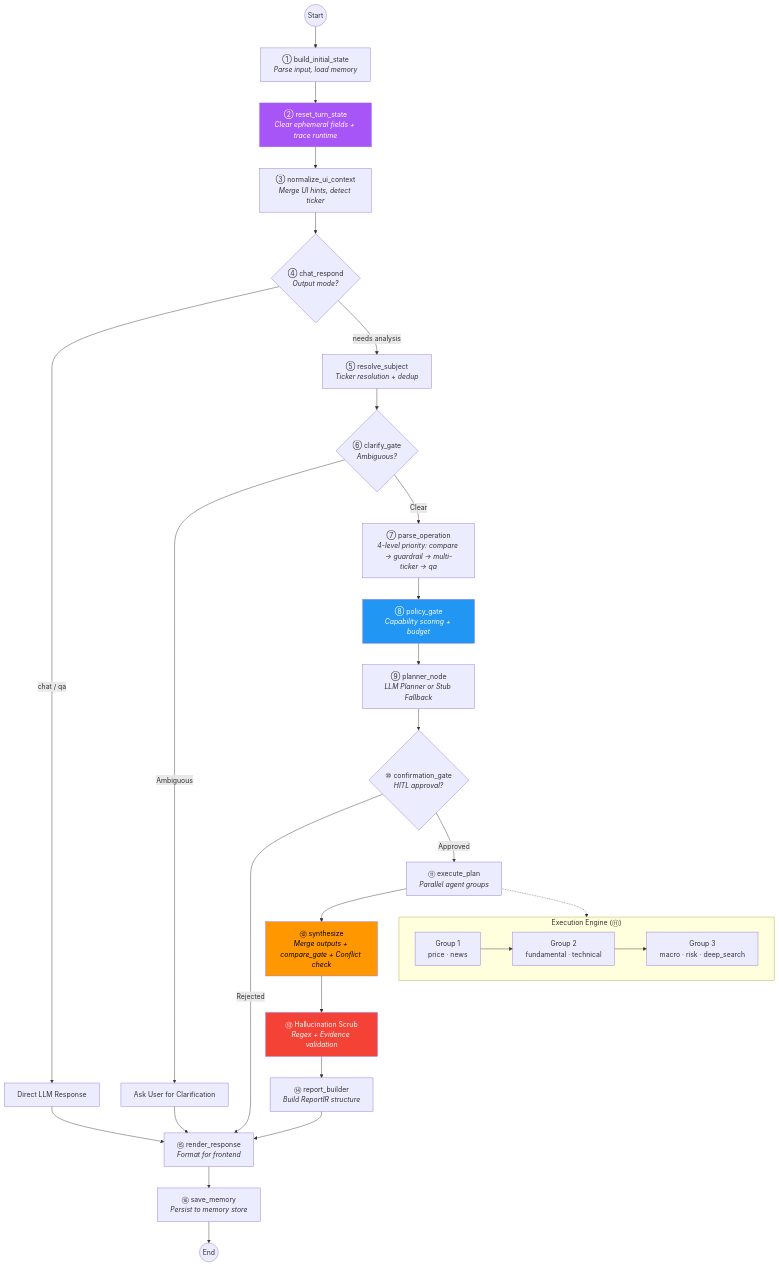
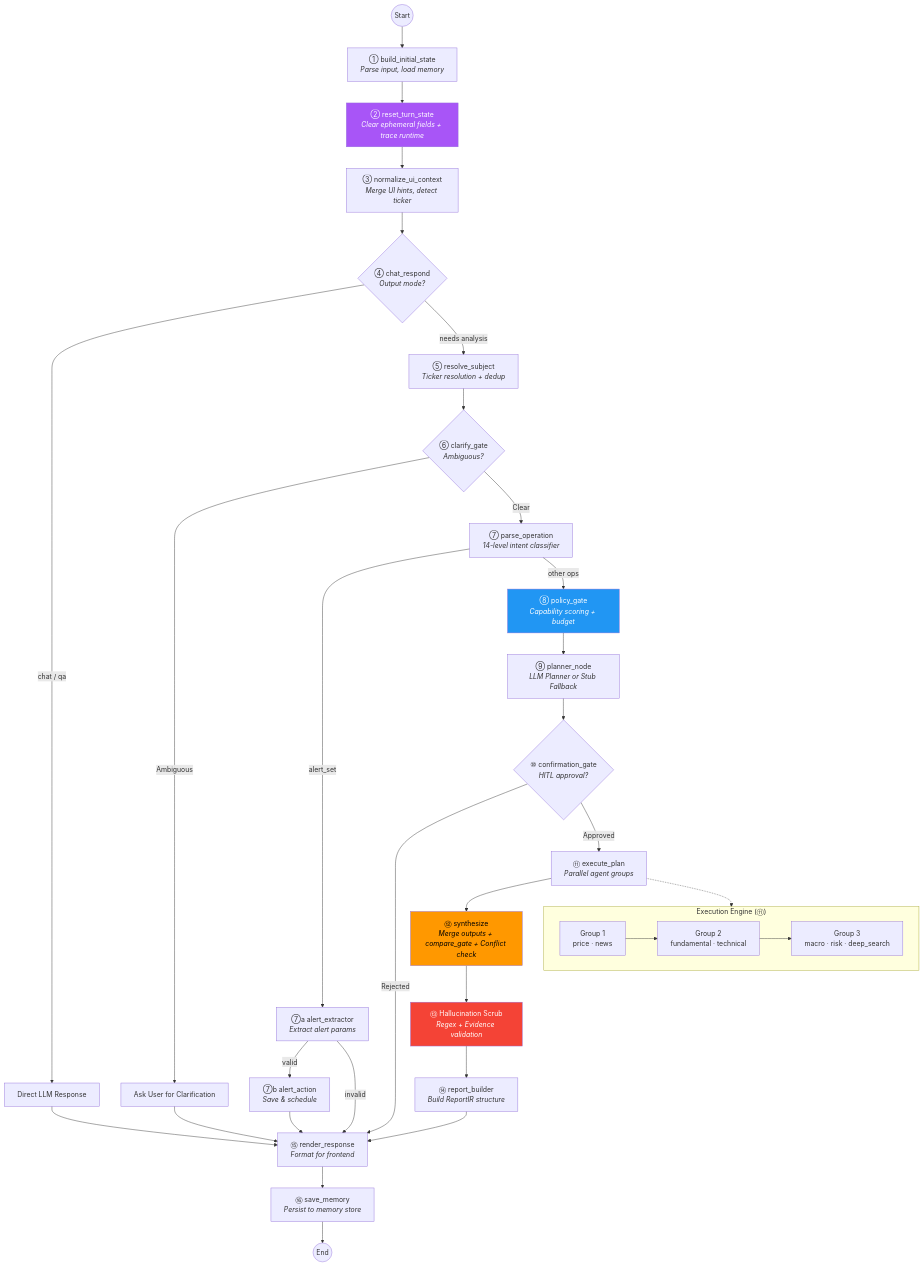
Before and after one commit to kkkano/FinSight: the second of 7 diagrams in readme.md, drawn with Mermaid. The commit also changed other lines of this file and 2 other files, not shown here.

First line of the commit message:
docs: add parse_operation intent classification details

````diff
--- a/readme.md
+++ b/readme.md
@@ -237,43 +237,47 @@
 ```mermaid
 flowchart TD
     START((Start)) --> INIT["① build_initial_state<br/><i>Parse input, load memory</i>"]
     INIT --> RESET["② reset_turn_state<br/><i>Clear ephemeral fields + trace runtime</i>"]
     RESET --> CTX["③ normalize_ui_context<br/><i>Merge UI hints, detect ticker</i>"]
     CTX --> MODE{"④ chat_respond<br/><i>Output mode?</i>"}
 
     MODE -->|"chat / qa"| CHAT_END["Direct LLM Response"]
     CHAT_END --> RENDER
     MODE -->|"needs analysis"| SUBJ["⑤ resolve_subject<br/><i>Ticker resolution + dedup</i>"]
 
     SUBJ --> CLARIFY{"⑥ clarify_gate<br/><i>Ambiguous?</i>"}
     CLARIFY -->|"Ambiguous"| ASK["Ask User for Clarification"]
     ASK --> RENDER
-    CLARIFY -->|"Clear"| PARSE["⑦ parse_operation<br/><i>4-level priority: compare → guardrail → multi-ticker → qa</i>"]
+    CLARIFY -->|"Clear"| PARSE["⑦ parse_operation<br/><i>14-level intent classifier</i>"]
 
-    PARSE --> POLICY["⑧ policy_gate<br/><i>Capability scoring + budget</i>"]
+    PARSE -->|"alert_set"| ALERT_EX["⑦a alert_extractor<br/><i>Extract alert params</i>"]
+    ALERT_EX -->|"valid"| ALERT_ACT["⑦b alert_action<br/><i>Save & schedule</i>"]
+    ALERT_EX -->|"invalid"| RENDER
+    ALERT_ACT --> RENDER
+    PARSE -->|"other ops"| POLICY["⑧ policy_gate<br/><i>Capability scoring + budget</i>"]
     POLICY --> PLAN["⑨ planner_node<br/><i>LLM Planner or Stub Fallback</i>"]
 
     PLAN --> CONFIRM{"⑩ confirmation_gate<br/><i>HITL approval?</i>"}
     CONFIRM -->|"Rejected"| RENDER
     CONFIRM -->|"Approved"| EXEC["⑪ execute_plan<br/><i>Parallel agent groups</i>"]
 
     EXEC --> SYNTH["⑫ synthesize<br/><i>Merge outputs + compare_gate + Conflict check</i>"]
     SYNTH --> SCRUB["⑬ Hallucination Scrub<br/><i>Regex + Evidence validation</i>"]
     SCRUB --> BUILD["⑭ report_builder<br/><i>Build ReportIR structure</i>"]
     BUILD --> RENDER["⑮ render_response<br/><i>Format for frontend</i>"]
     RENDER --> SAVE["⑯ save_memory<br/><i>Persist to memory store</i>"]
     SAVE --> END((End))
 
     subgraph "Execution Engine (⑪)"
         direction LR
         EG1["Group 1<br/>price · news"] --> EG2["Group 2<br/>fundamental · technical"]
         EG2 --> EG3["Group 3<br/>macro · risk · deep_search"]
     end
 
     EXEC -.-> EG1
 
     style RESET fill:#a855f7,color:#fff
     style SYNTH fill:#ff9800,color:#000
     style SCRUB fill:#f44336,color:#fff
     style POLICY fill:#2196f3,color:#fff
 ```
````
